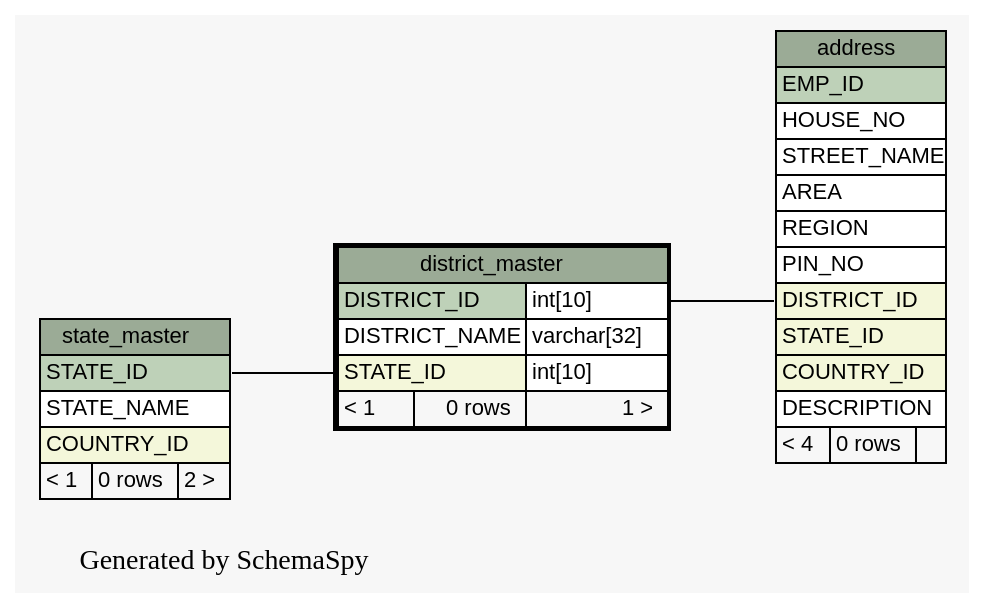
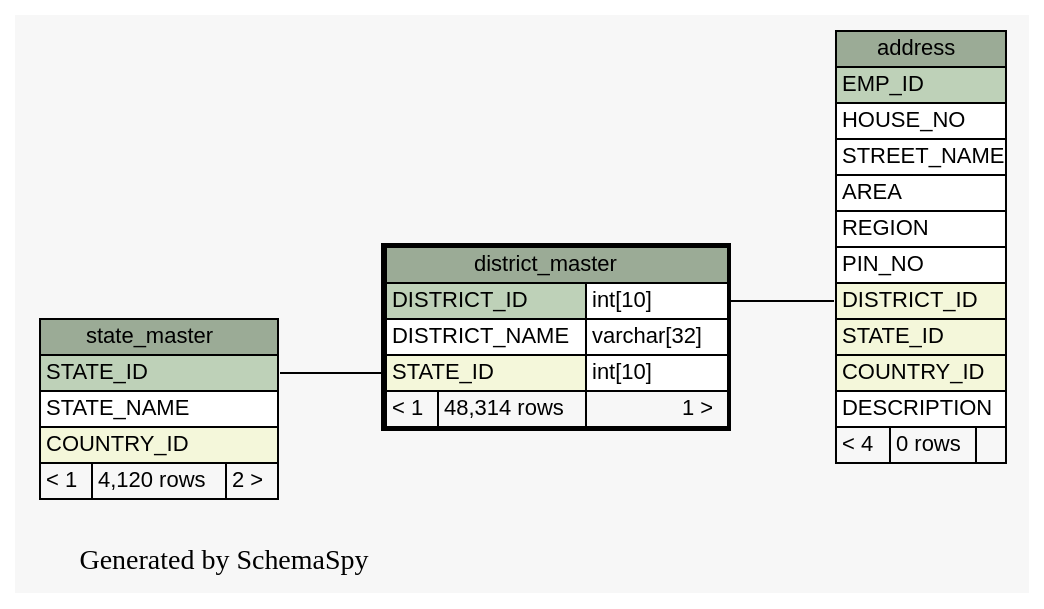
The diagram in docs/database/schemaspy/graphs/district_master.1degree.dot (engineerscraft/hrms), drawn with Graphviz before and after one commit. The commit also changed 174 other files, not shown here.

```diff
--- a/docs/database/schemaspy/graphs/district_master.1degree.dot
+++ b/docs/database/schemaspy/graphs/district_master.1degree.dot
@@ -1,62 +1,62 @@
 // dot 2.38.0 on Windows 7 6.1
 digraph "oneDegreeRelationshipsGraph" {
   graph [
     rankdir="RL"
     bgcolor="#f7f7f7"
     label="\nGenerated by SchemaSpy"
     labeljust="l"
   ];
   node [
     fontname="Helvetica"
     fontsize="11"
     shape="plaintext"
   ];
   edge [
     arrowsize="0.8"
   ];
   "address":"DISTRICT_ID":w -> "district_master":"DISTRICT_ID.type":e [arrowtail=crowodot arrowhead=none];
   "district_master":"STATE_ID":w -> "state_master":"STATE_ID":e [arrowtail=crowodot arrowhead=none];
   "address" [
     label=<
     <TABLE BORDER="0" CELLBORDER="1" CELLSPACING="0" BGCOLOR="#ffffff">
       <TR><TD PORT="address.heading" COLSPAN="3" BGCOLOR="#9bab96" ALIGN="CENTER">address</TD></TR>
       <TR><TD PORT="EMP_ID" COLSPAN="3" BGCOLOR="#bed1b8" ALIGN="LEFT">EMP_ID</TD></TR>
       <TR><TD PORT="HOUSE_NO" COLSPAN="3" ALIGN="LEFT">HOUSE_NO</TD></TR>
       <TR><TD PORT="STREET_NAME" COLSPAN="3" ALIGN="LEFT">STREET_NAME</TD></TR>
       <TR><TD PORT="AREA" COLSPAN="3" ALIGN="LEFT">AREA</TD></TR>
       <TR><TD PORT="REGION" COLSPAN="3" ALIGN="LEFT">REGION</TD></TR>
       <TR><TD PORT="PIN_NO" COLSPAN="3" ALIGN="LEFT">PIN_NO</TD></TR>
       <TR><TD PORT="DISTRICT_ID" COLSPAN="3" BGCOLOR="#f4f7da" ALIGN="LEFT">DISTRICT_ID</TD></TR>
       <TR><TD PORT="STATE_ID" COLSPAN="3" BGCOLOR="#f4f7da" ALIGN="LEFT">STATE_ID</TD></TR>
       <TR><TD PORT="COUNTRY_ID" COLSPAN="3" BGCOLOR="#f4f7da" ALIGN="LEFT">COUNTRY_ID</TD></TR>
       <TR><TD PORT="DESCRIPTION" COLSPAN="3" ALIGN="LEFT">DESCRIPTION</TD></TR>
       <TR><TD ALIGN="LEFT" BGCOLOR="#f7f7f7">&lt; 4</TD><TD ALIGN="RIGHT" BGCOLOR="#f7f7f7">0 rows</TD><TD ALIGN="RIGHT" BGCOLOR="#f7f7f7">  </TD></TR>
     </TABLE>>
     URL="address.html#graph"
     tooltip="address"
   ];
   "district_master" [
     label=<
     <TABLE BORDER="2" CELLBORDER="1" CELLSPACING="0" BGCOLOR="#ffffff">
       <TR><TD PORT="district_master.heading" COLSPAN="3" BGCOLOR="#9bab96" ALIGN="CENTER">district_master</TD></TR>
       <TR><TD PORT="DISTRICT_ID" COLSPAN="2" BGCOLOR="#bed1b8" ALIGN="LEFT">DISTRICT_ID</TD><TD PORT="DISTRICT_ID.type" ALIGN="LEFT">int[10]</TD></TR>
       <TR><TD PORT="DISTRICT_NAME" COLSPAN="2" ALIGN="LEFT">DISTRICT_NAME</TD><TD PORT="DISTRICT_NAME.type" ALIGN="LEFT">varchar[32]</TD></TR>
       <TR><TD PORT="STATE_ID" COLSPAN="2" BGCOLOR="#f4f7da" ALIGN="LEFT">STATE_ID</TD><TD PORT="STATE_ID.type" ALIGN="LEFT">int[10]</TD></TR>
-      <TR><TD ALIGN="LEFT" BGCOLOR="#f7f7f7">&lt; 1</TD><TD ALIGN="RIGHT" BGCOLOR="#f7f7f7">0 rows</TD><TD ALIGN="RIGHT" BGCOLOR="#f7f7f7">1 &gt;</TD></TR>
+      <TR><TD ALIGN="LEFT" BGCOLOR="#f7f7f7">&lt; 1</TD><TD ALIGN="RIGHT" BGCOLOR="#f7f7f7">48,314 rows</TD><TD ALIGN="RIGHT" BGCOLOR="#f7f7f7">1 &gt;</TD></TR>
     </TABLE>>
     URL="district_master.html#"
     tooltip="district_master"
   ];
   "state_master" [
     label=<
     <TABLE BORDER="0" CELLBORDER="1" CELLSPACING="0" BGCOLOR="#ffffff">
       <TR><TD PORT="state_master.heading" COLSPAN="3" BGCOLOR="#9bab96" ALIGN="CENTER">state_master</TD></TR>
       <TR><TD PORT="STATE_ID" COLSPAN="3" BGCOLOR="#bed1b8" ALIGN="LEFT">STATE_ID</TD></TR>
       <TR><TD PORT="STATE_NAME" COLSPAN="3" ALIGN="LEFT">STATE_NAME</TD></TR>
       <TR><TD PORT="COUNTRY_ID" COLSPAN="3" BGCOLOR="#f4f7da" ALIGN="LEFT">COUNTRY_ID</TD></TR>
-      <TR><TD ALIGN="LEFT" BGCOLOR="#f7f7f7">&lt; 1</TD><TD ALIGN="RIGHT" BGCOLOR="#f7f7f7">0 rows</TD><TD ALIGN="RIGHT" BGCOLOR="#f7f7f7">2 &gt;</TD></TR>
+      <TR><TD ALIGN="LEFT" BGCOLOR="#f7f7f7">&lt; 1</TD><TD ALIGN="RIGHT" BGCOLOR="#f7f7f7">4,120 rows</TD><TD ALIGN="RIGHT" BGCOLOR="#f7f7f7">2 &gt;</TD></TR>
     </TABLE>>
     URL="state_master.html#graph"
     tooltip="state_master"
   ];
 }
```
